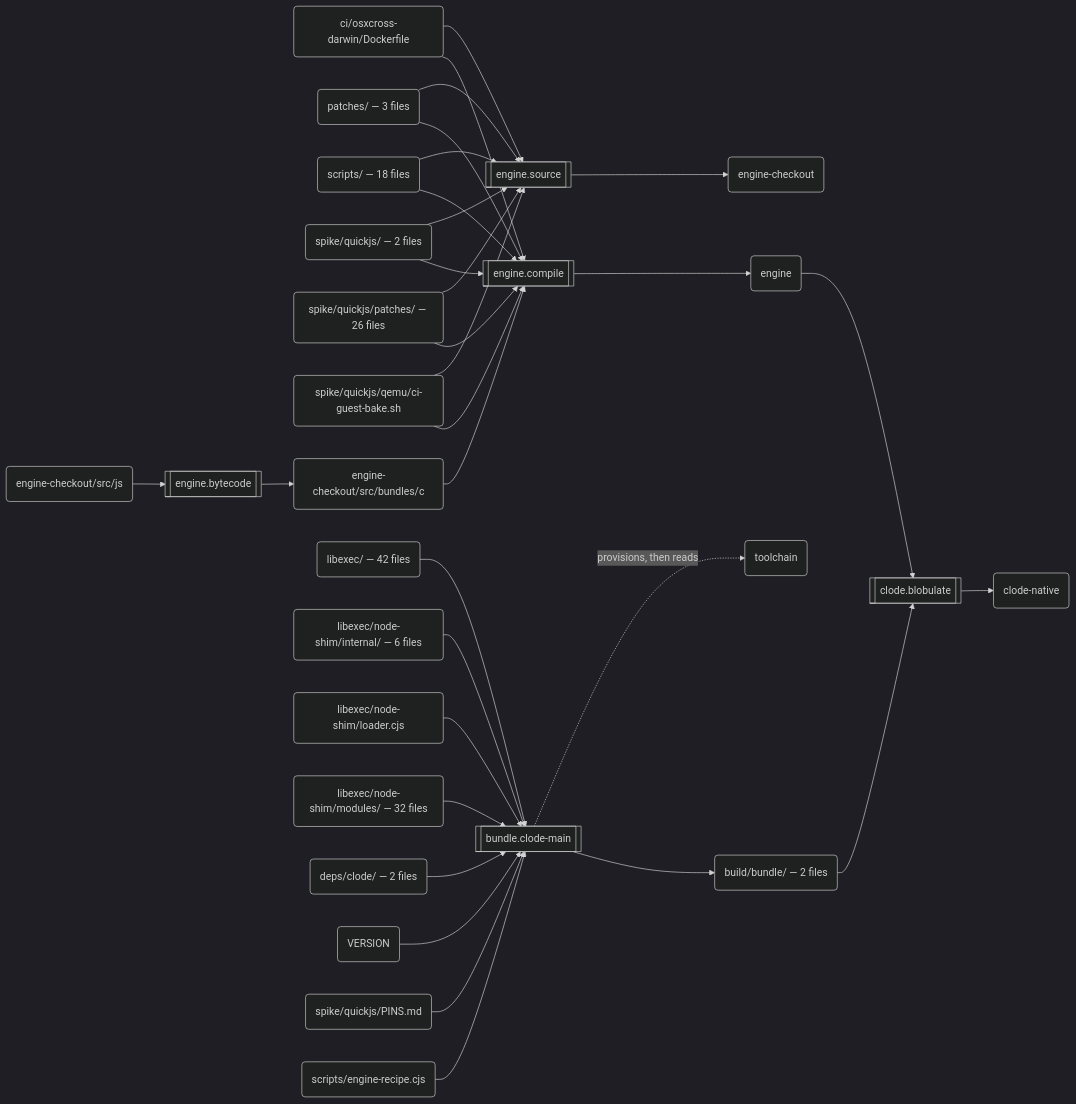
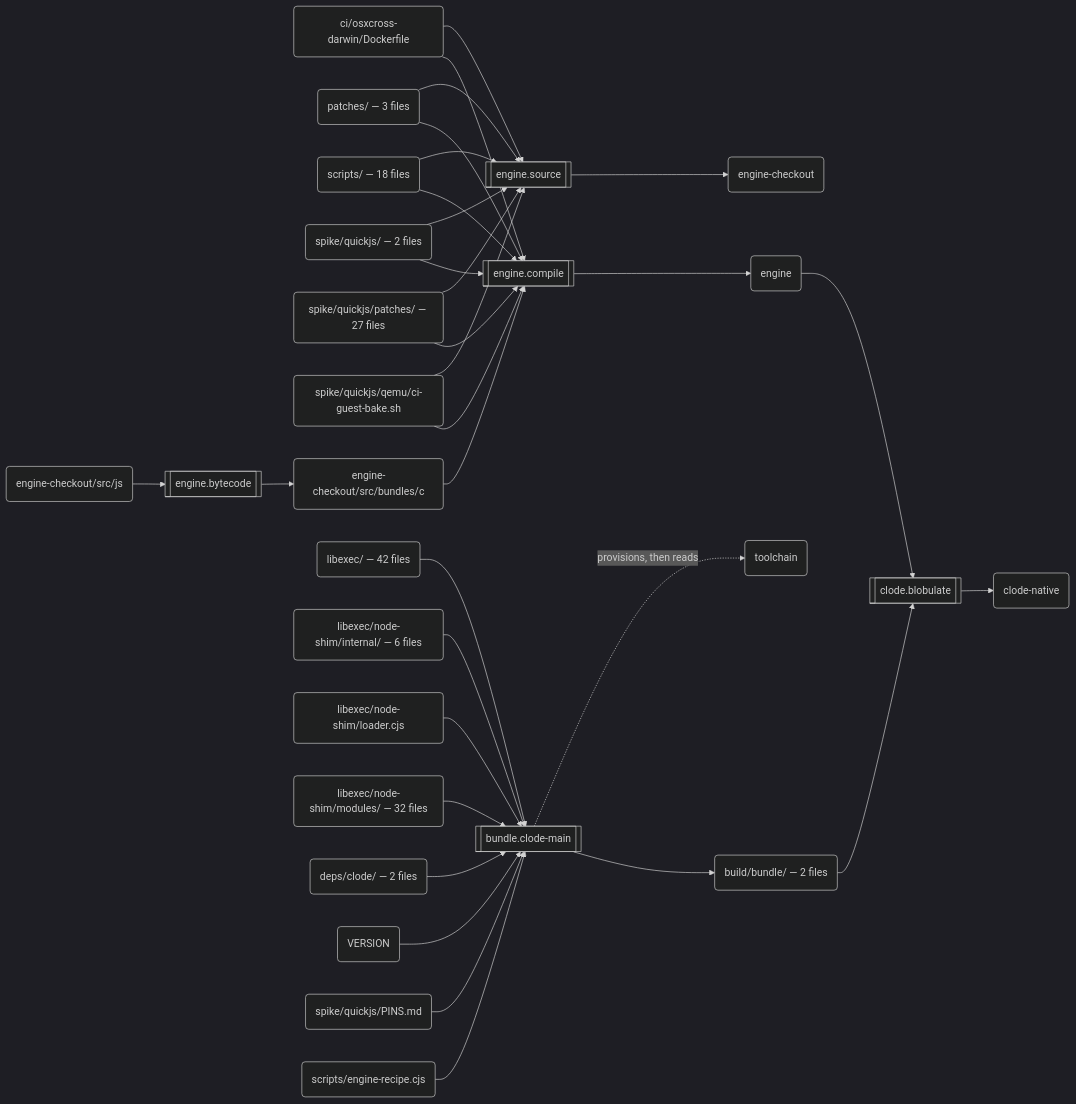
One commit to schmonz/clode changed the second of 3 diagrams in docs/build.md. Above: the diagram before and after it, drawn with Mermaid (dark theme). The commit also changed other lines of this file and 6 other files, not shown here.

````diff
--- a/docs/build.md
+++ b/docs/build.md
@@ -123,59 +123,59 @@
 ```mermaid
 flowchart LR
   s0[["engine.source"]]
   a0("ci/osxcross-darwin/Dockerfile")
   a1("patches/ — 3 files")
   a2("scripts/ — 18 files")
   a3("spike/quickjs/ — 2 files")
-  a4("spike/quickjs/patches/ — 26 files")
+  a4("spike/quickjs/patches/ — 27 files")
   a5("spike/quickjs/qemu/ci-guest-bake.sh")
   a6("engine-checkout")
   s1[["engine.bytecode"]]
   a7("engine-checkout/src/js")
   a8("engine-checkout/src/bundles/c")
   s2[["engine.compile"]]
   a9("engine")
   s3[["bundle.clode-main"]]
   a10("libexec/ — 42 files")
   a11("libexec/node-shim/internal/ — 6 files")
   a12("libexec/node-shim/loader.cjs")
   a13("libexec/node-shim/modules/ — 32 files")
   a14("deps/clode/ — 2 files")
   a15("VERSION")
   a16("spike/quickjs/PINS.md")
   a17("scripts/engine-recipe.cjs")
   a18("toolchain")
   a19("build/bundle/ — 2 files")
   s4[["clode.blobulate"]]
   a20("clode-native")
   a0 --> s0
   a1 --> s0
   a2 --> s0
   a3 --> s0
   a4 --> s0
   a5 --> s0
   s0 --> a6
   a7 --> s1
   s1 --> a8
   a8 --> s2
   a0 --> s2
   a1 --> s2
   a2 --> s2
   a3 --> s2
   a4 --> s2
   a5 --> s2
   s2 --> a9
   a10 --> s3
   a11 --> s3
   a12 --> s3
   a13 --> s3
   a14 --> s3
   a15 --> s3
   a16 --> s3
   a17 --> s3
   s3 -.->|"provisions, then reads"| a18
   s3 --> a19
   a9 --> s4
   a19 --> s4
   s4 --> a20
 ```
````
